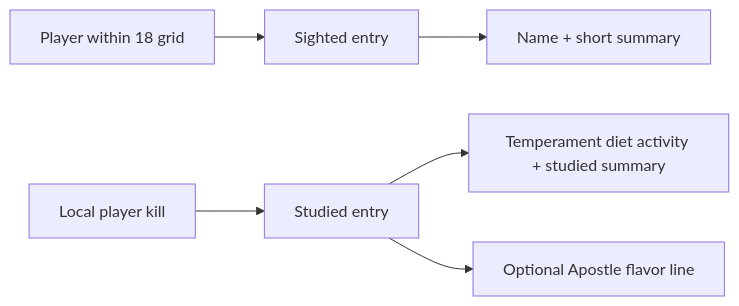
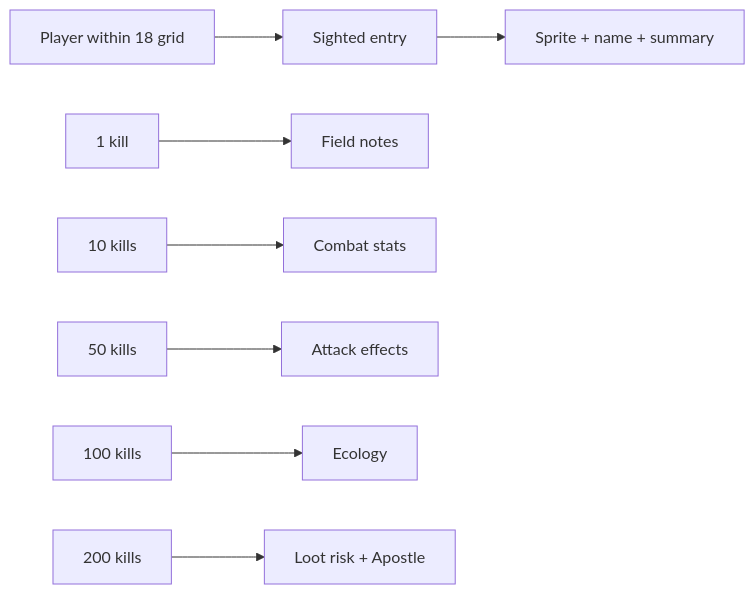
Before and after one commit to Jayrr-Dev/reigncraft: the third of 3 diagrams in gameplay/mechanics/wildlife/mechanics.md, drawn with Mermaid. The commit also changed other lines of this file and 42 other files, not shown here.

````diff
--- a/gameplay/mechanics/wildlife/mechanics.md
+++ b/gameplay/mechanics/wildlife/mechanics.md
@@ -268,8 +268,10 @@
 ```mermaid
 flowchart LR
   near[Player within 18 grid] --> sighted[Sighted entry]
-  sighted --> card[Name + short summary]
-  kill[Local player kill] --> studied[Studied entry]
-  studied --> detail[Temperament diet activity + studied summary]
-  studied --> apostle[Optional Apostle flavor line]
+  sighted --> card[Sprite + name + summary]
+  kill1[1 kill] --> studied[Field notes]
+  kill10[10 kills] --> combat[Combat stats]
+  kill50[50 kills] --> procs[Attack effects]
+  kill100[100 kills] --> ecology[Ecology]
+  kill200[200 kills] --> full[Loot risk + Apostle]
 ```
````
